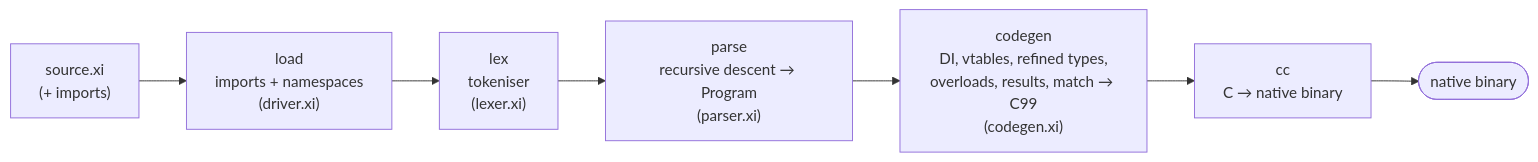
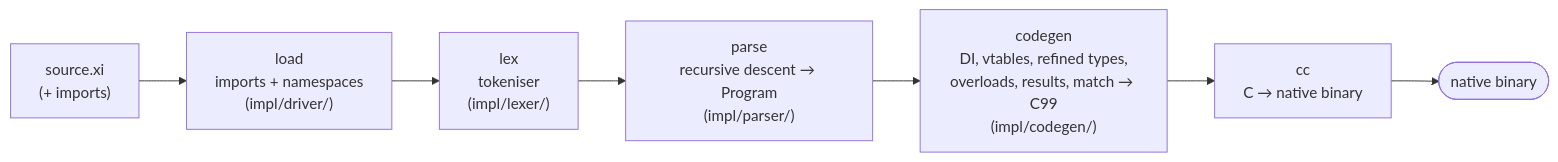
The diagram in docs/internals.md (code-by-sia/xi), drawn with Mermaid before and after one commit. The commit also changed other lines of this file and 40 other files, not shown here.

First line of the commit message:
refactor(compiler): layered DI architecture (contracts/impl, FFI components, ModuleLoader)

````diff
--- a/docs/internals.md
+++ b/docs/internals.md
@@ -69,9 +84,9 @@
 ```mermaid
 flowchart LR
-    src["source.xi<br/>(+ imports)"] --> load["load<br/>imports + namespaces<br/>(driver.xi)"]
-    load --> lex["lex<br/>tokeniser<br/>(lexer.xi)"]
-    lex --> parse["parse<br/>recursive descent → Program<br/>(parser.xi)"]
-    parse --> codegen["codegen<br/>DI, vtables, refined types,<br/>overloads, results, match → C99<br/>(codegen.xi)"]
+    src["source.xi<br/>(+ imports)"] --> load["load<br/>imports + namespaces<br/>(impl/driver/)"]
+    load --> lex["lex<br/>tokeniser<br/>(impl/lexer/)"]
+    lex --> parse["parse<br/>recursive descent → Program<br/>(impl/parser/)"]
+    parse --> codegen["codegen<br/>DI, vtables, refined types,<br/>overloads, results, match → C99<br/>(impl/codegen/)"]
     codegen --> cc["cc<br/>C → native binary"]
     cc --> bin([native binary])
 ```
````
